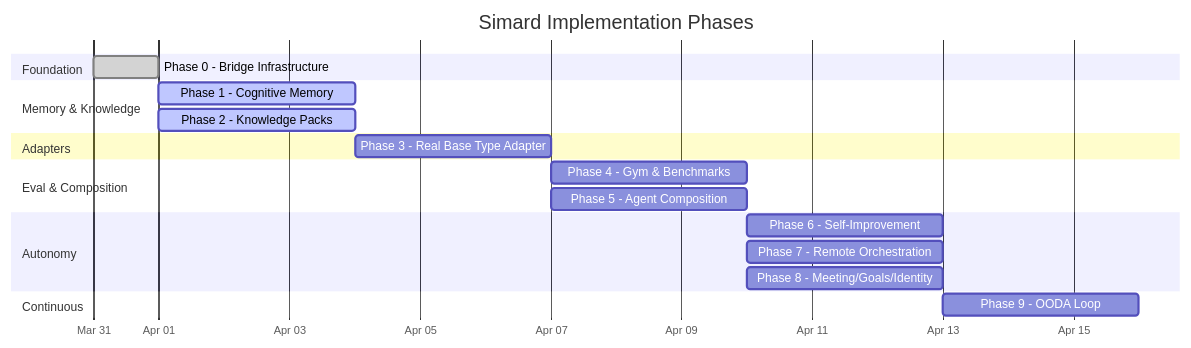
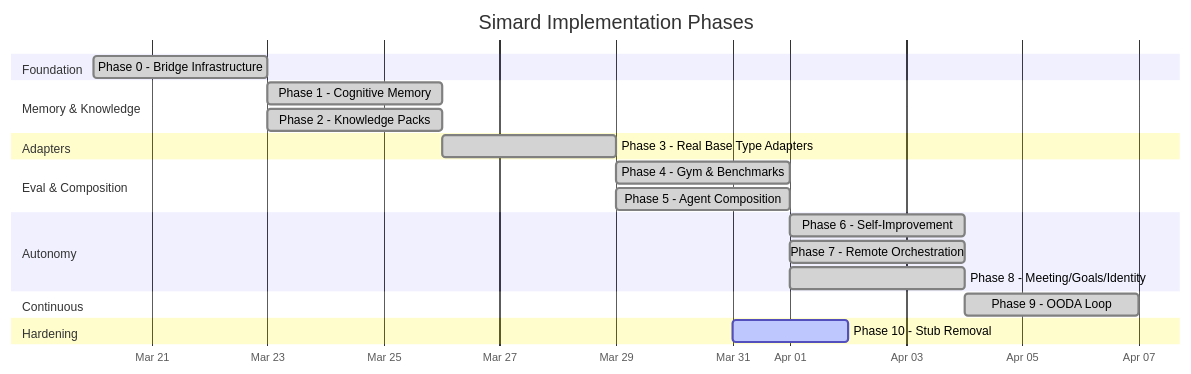
The diagram in docs/architecture/implementation-plan.md (rysweet/Simard), drawn with Mermaid before and after one commit. The commit also changed other lines of this file and 29 other files, not shown here.

First line of the commit message:
feat: Re-architect agent base types as full agent runtimes per spec

````diff
--- a/docs/architecture/implementation-plan.md
+++ b/docs/architecture/implementation-plan.md
@@ -15,28 +15,31 @@
 ```mermaid
 gantt
     title Simard Implementation Phases
     dateFormat YYYY-MM-DD
     axisFormat %b %d
 
     section Foundation
-    Phase 0 - Bridge Infrastructure       :done, p0, 2026-03-31, 1d
+    Phase 0 - Bridge Infrastructure       :done, p0, 2026-03-20, 3d
 
     section Memory & Knowledge
-    Phase 1 - Cognitive Memory            :active, p1, after p0, 3d
-    Phase 2 - Knowledge Packs             :active, p2, after p0, 3d
+    Phase 1 - Cognitive Memory            :done, p1, after p0, 3d
+    Phase 2 - Knowledge Packs             :done, p2, after p0, 3d
 
     section Adapters
-    Phase 3 - Real Base Type Adapter      :p3, after p1, 3d
+    Phase 3 - Real Base Type Adapters     :done, p3, after p1, 3d
 
     section Eval & Composition
-    Phase 4 - Gym & Benchmarks            :p4, after p3, 3d
-    Phase 5 - Agent Composition           :p5, after p3, 3d
+    Phase 4 - Gym & Benchmarks            :done, p4, after p3, 3d
+    Phase 5 - Agent Composition           :done, p5, after p3, 3d
 
     section Autonomy
-    Phase 6 - Self-Improvement            :p6, after p4, 3d
-    Phase 7 - Remote Orchestration        :p7, after p5, 3d
-    Phase 8 - Meeting/Goals/Identity      :p8, after p5, 3d
+    Phase 6 - Self-Improvement            :done, p6, after p4, 3d
+    Phase 7 - Remote Orchestration        :done, p7, after p5, 3d
+    Phase 8 - Meeting/Goals/Identity      :done, p8, after p5, 3d
 
     section Continuous
-    Phase 9 - OODA Loop                   :p9, after p6, 3d
+    Phase 9 - OODA Loop                   :done, p9, after p6, 3d
+
+    section Hardening
+    Phase 10 - Stub Removal               :active, p10, 2026-03-31, 2d
 ```
````
